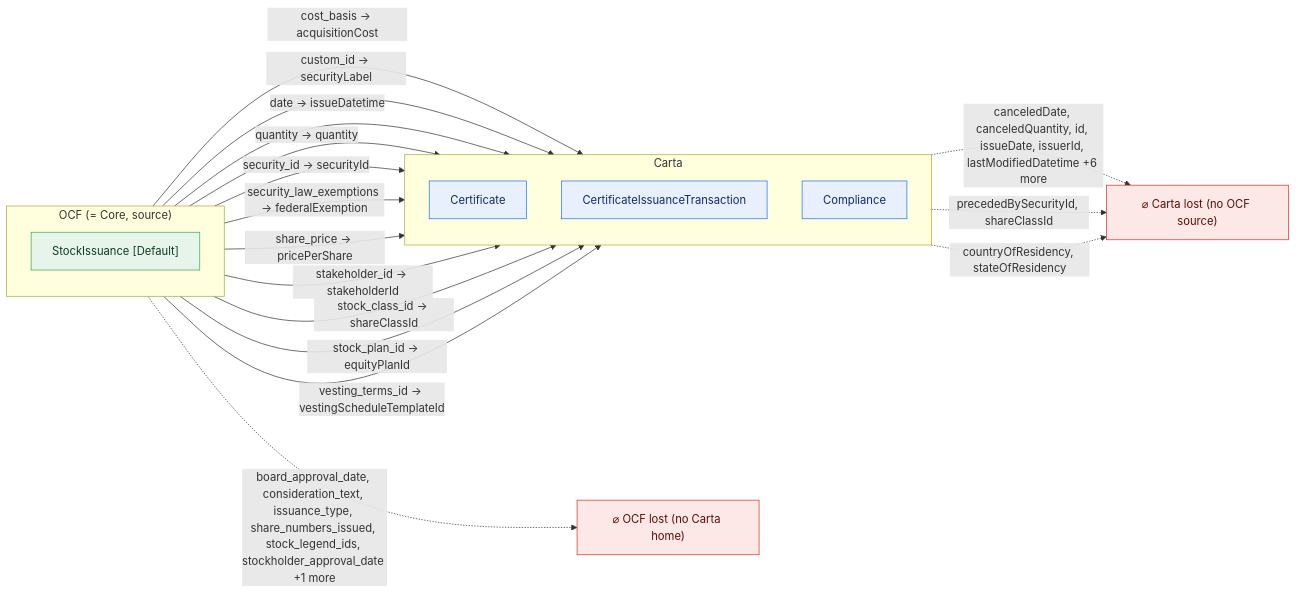
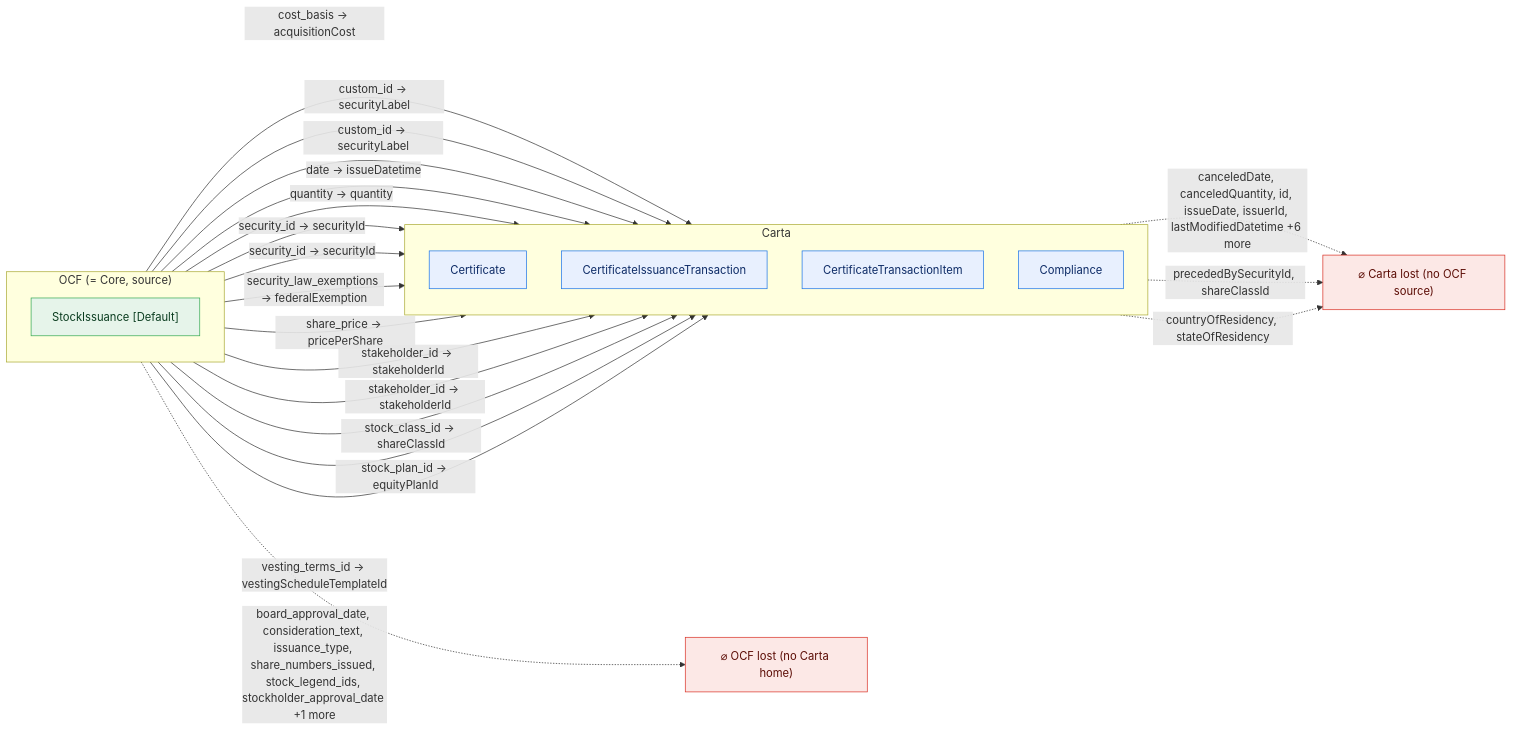
One commit to Open-Cap-Table-Coalition/OCF-Composed-Schemas changed the fifth of 47 diagrams in docs/core-bidirectional-flow.md. Above: the diagram before and after it, drawn with Mermaid. The commit also changed other lines of this file and 24 other files, not shown here.

````diff
--- a/docs/core-bidirectional-flow.md
+++ b/docs/core-bidirectional-flow.md
@@ -278,34 +290,38 @@
 ```mermaid
 flowchart LR
   classDef adm fill:#e6f4ea,stroke:#34a853,color:#0b3d20;
   classDef notadm fill:#f1f3f4,stroke:#9aa0a6,color:#5f6368,stroke-dasharray:4 3;
   classDef carta fill:#e8f0fe,stroke:#1a73e8,color:#0d2b66;
   classDef lost fill:#fce8e6,stroke:#d93025,color:#5c0d06;
   subgraph SRC["OCF (= Core, source)"]
     direction TB
     o0["StockIssuance [Default]"]:::adm
   end
   subgraph TGT["Carta"]
     direction TB
     t0["Certificate"]:::carta
     t1["CertificateIssuanceTransaction"]:::carta
-    t2["Compliance"]:::carta
+    t2["CertificateTransactionItem"]:::carta
+    t3["Compliance"]:::carta
   end
   ocflost["⌀ OCF lost (no Carta home)"]:::lost
   cartalost["⌀ Carta lost (no OCF source)"]:::lost
   o0 -->|"cost_basis → acquisitionCost"| t1
+  o0 -->|"custom_id → securityLabel"| t2
   o0 -->|"custom_id → securityLabel"| t0
   o0 -->|"date → issueDatetime"| t1
   o0 -->|"quantity → quantity"| t1
+  o0 -->|"security_id → securityId"| t2
   o0 -->|"security_id → securityId"| t0
-  o0 -->|"security_law_exemptions → federalExemption"| t2
+  o0 -->|"security_law_exemptions → federalExemption"| t3
   o0 -->|"share_price → pricePerShare"| t0
+  o0 -->|"stakeholder_id → stakeholderId"| t2
   o0 -->|"stakeholder_id → stakeholderId"| t0
   o0 -->|"stock_class_id → shareClassId"| t0
   o0 -->|"stock_plan_id → equityPlanId"| t1
   o0 -->|"vesting_terms_id → vestingScheduleTemplateId"| t1
   o0 -.->|"board_approval_date, consideration_text, issuance_type, share_numbers_issued, stock_legend_ids, stockholder_approval_date +1 more"| ocflost
   t0 -.->|"canceledDate, canceledQuantity, id, issueDate, issuerId, lastModifiedDatetime +6 more"| cartalost
   t1 -.->|"precededBySecurityId, shareClassId"| cartalost
-  t2 -.->|"countryOfResidency, stateOfResidency"| cartalost
+  t3 -.->|"countryOfResidency, stateOfResidency"| cartalost
 ```
````
